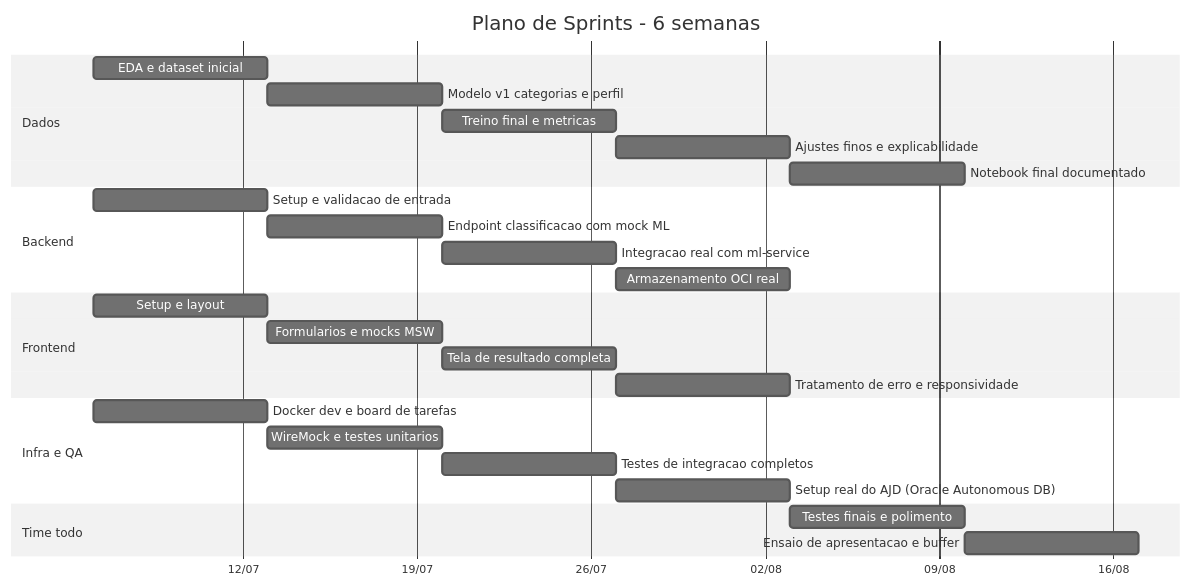
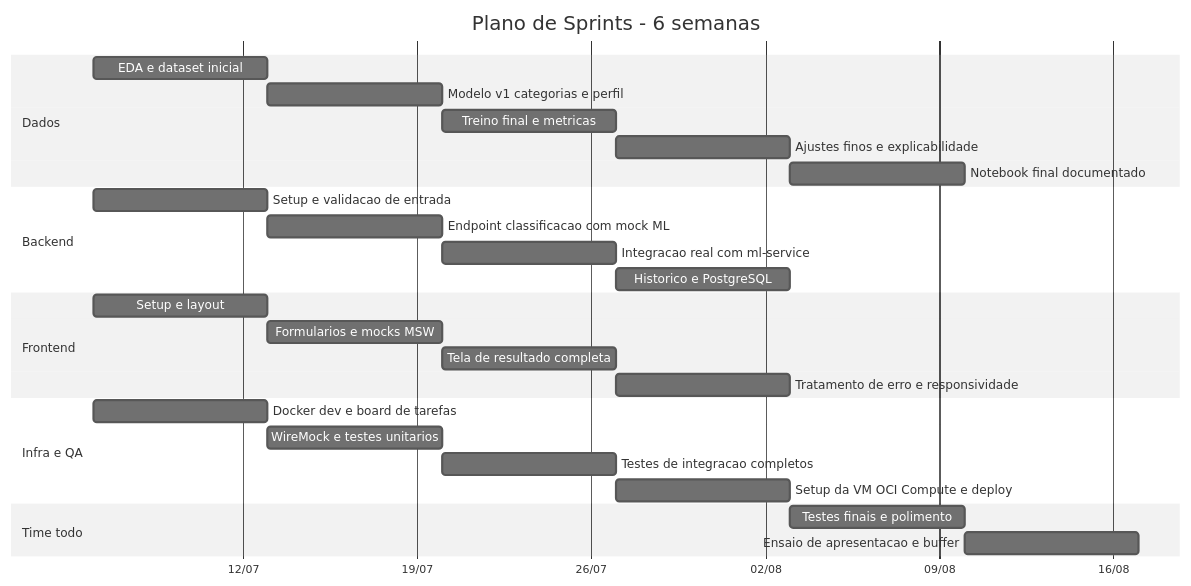
Before and after one commit to No-Country-simulation/G9-BR-Team-17-financial-health: the second of 3 diagrams in docs/SPRINTS.md, drawn with Mermaid (neutral theme). The commit also changed other lines of this file, not shown here.

Commit message:
docs: atualiza plano de sprints com premissas de capacidade, squads e Gantt

````diff
--- a/docs/SPRINTS.md
+++ b/docs/SPRINTS.md
@@ -57,30 +62,30 @@
 ```mermaid
 gantt
     title Plano de Sprints - 6 semanas
     dateFormat  YYYY-MM-DD
     axisFormat  %d/%m
     section Dados
     EDA e dataset inicial              :d1, 2026-07-06, 7d
     Modelo v1 categorias e perfil      :d2, after d1, 7d
     Treino final e metricas            :d3, after d2, 7d
     Ajustes finos e explicabilidade    :d4, after d3, 7d
     Notebook final documentado         :d5, after d4, 7d
     section Backend
     Setup e validacao de entrada        :b1, 2026-07-06, 7d
     Endpoint classificacao com mock ML  :b2, after b1, 7d
     Integracao real com ml-service      :b3, after b2, 7d
-    Armazenamento OCI real               :b4, after b3, 7d
+    Historico e PostgreSQL               :b4, after b3, 7d
     section Frontend
     Setup e layout                      :f1, 2026-07-06, 7d
     Formularios e mocks MSW             :f2, after f1, 7d
     Tela de resultado completa           :f3, after f2, 7d
     Tratamento de erro e responsividade  :f4, after f3, 7d
     section Infra e QA
     Docker dev e board de tarefas         :i1, 2026-07-06, 7d
     WireMock e testes unitarios            :i2, after i1, 7d
     Testes de integracao completos         :i3, after i2, 7d
-    Setup real do AJD (Oracle Autonomous DB)  :i4, after i3, 7d
+    Setup da VM OCI Compute e deploy       :i4, after i3, 7d
     section Time todo
     Testes finais e polimento              :t1, 2026-08-03, 7d
     Ensaio de apresentacao e buffer         :t2, after t1, 7d
 ```
````
